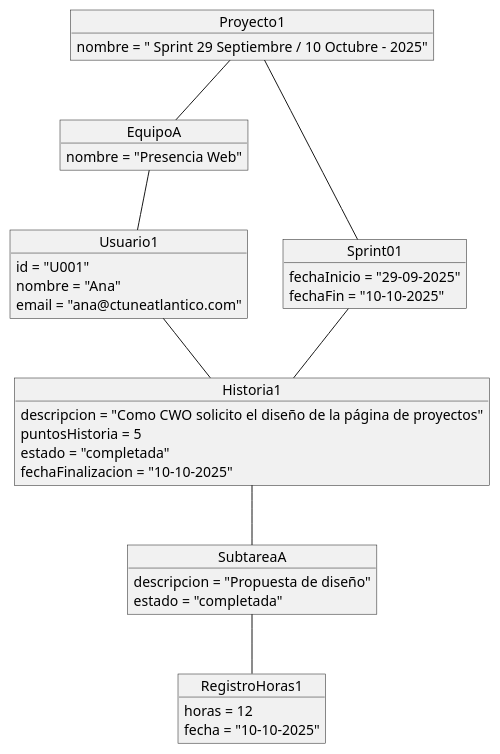
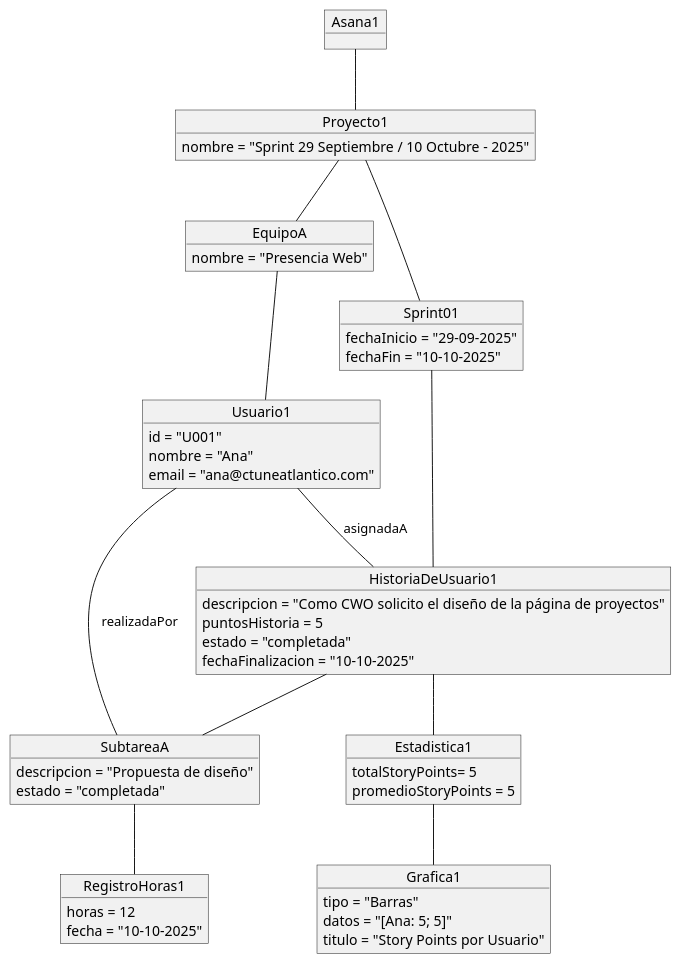
Before and after one commit to mmasias/25-26-IDSW1: the diagram in entregas/palmaCamila/ModeloDeDominio/DiagramaDeObjetos/DiagramaDeObjetos.puml, drawn with PlantUML. The commit also changed 15 other files, not shown here.

First line of the commit message:
Add use case diagram for project management time functionalities

```diff
--- a/entregas/palmaCamila/ModeloDeDominio/DiagramaDeObjetos/DiagramaDeObjetos.puml
+++ b/entregas/palmaCamila/ModeloDeDominio/DiagramaDeObjetos/DiagramaDeObjetos.puml
@@ -1,46 +1,65 @@
 @startuml
+
+object Asana1
+
 object Proyecto1 {
-    nombre = " Sprint 29 Septiembre / 10 Octubre - 2025"
+    nombre = "Sprint 29 Septiembre / 10 Octubre - 2025"
 }
 
 object EquipoA {
     nombre = "Presencia Web"
 }
 
 object Sprint01 {
     fechaInicio = "29-09-2025"
     fechaFin = "10-10-2025"
 }
 
 object Usuario1 {
     id = "U001"
     nombre = "Ana"
     email = "ana@ctuneatlantico.com"
 }
 
-object Historia1 {
+object HistoriaDeUsuario1 {
     descripcion = "Como CWO solicito el diseño de la página de proyectos"
     puntosHistoria = 5
     estado = "completada"
     fechaFinalizacion = "10-10-2025"
 }
 
 object SubtareaA {
     descripcion = "Propuesta de diseño"
     estado = "completada"
 }
 
 object RegistroHoras1 {
     horas = 12
     fecha = "10-10-2025"
 }
 
-' Relaciones entre objetos
+object Estadistica1 {
+    totalStoryPoints= 5
+    promedioStoryPoints = 5
+}
+
+object Grafica1 {
+    tipo = "Barras"
+    datos = "[Ana: 5; 5]"
+    titulo = "Story Points por Usuario"
+}
+
+
+Asana1 -- Proyecto1
 Proyecto1 -- EquipoA
 EquipoA -- Usuario1
 Proyecto1 -- Sprint01
-Sprint01 -- Historia1
-Historia1 -- SubtareaA
-Usuario1 -- Historia1
+Sprint01 -- HistoriaDeUsuario1
+HistoriaDeUsuario1 -- SubtareaA
 SubtareaA -- RegistroHoras1
+Usuario1 -- HistoriaDeUsuario1 : asignadaA
+SubtareaA -- Usuario1 : realizadaPor
+HistoriaDeUsuario1-- Estadistica1
+Estadistica1 -- Grafica1
+
 @enduml
```
